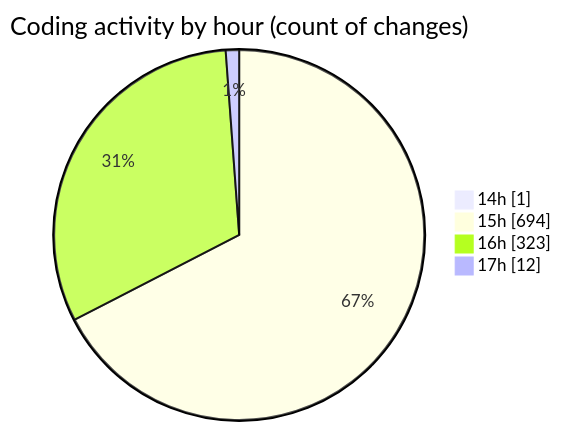
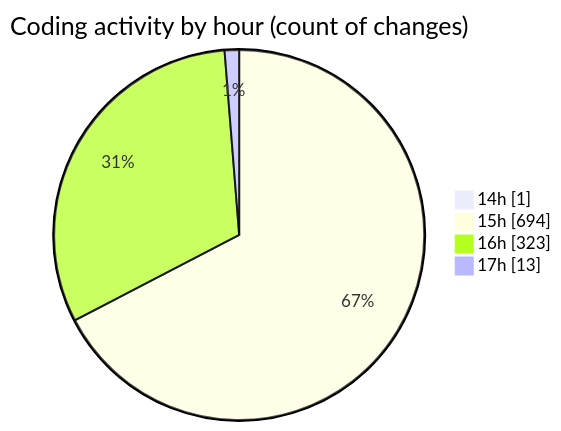
One commit to nxtqubesakshisongat/code-tracking changed the second of 2 diagrams in 2025-04-10/nxtqube_webapp/README.md. Above: the diagram before and after it, drawn with Mermaid. The commit also changed other lines of this file and 1 other file, not shown here.

````diff
--- a/2025-04-10/nxtqube_webapp/README.md
+++ b/2025-04-10/nxtqube_webapp/README.md
@@ -34,8 +34,8 @@
 ```mermaid
 pie showData
 title Coding activity by hour (count of changes)
 "14h" : 1
 "15h" : 694
 "16h" : 323
-"17h" : 12
+"17h" : 13
 ```
````
